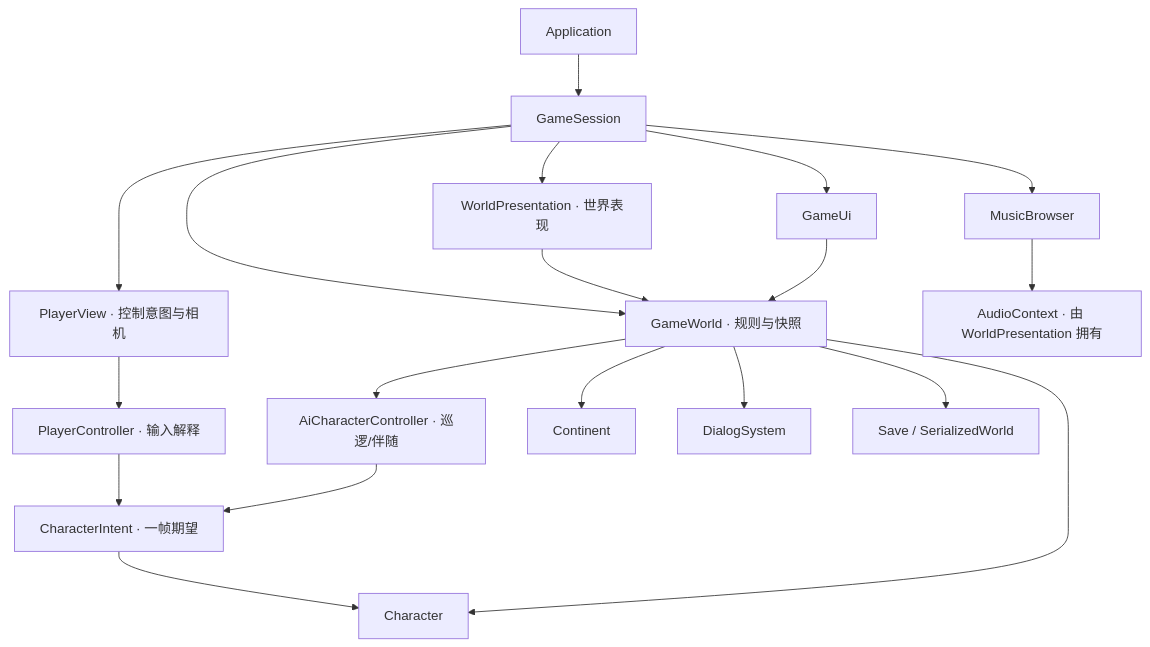
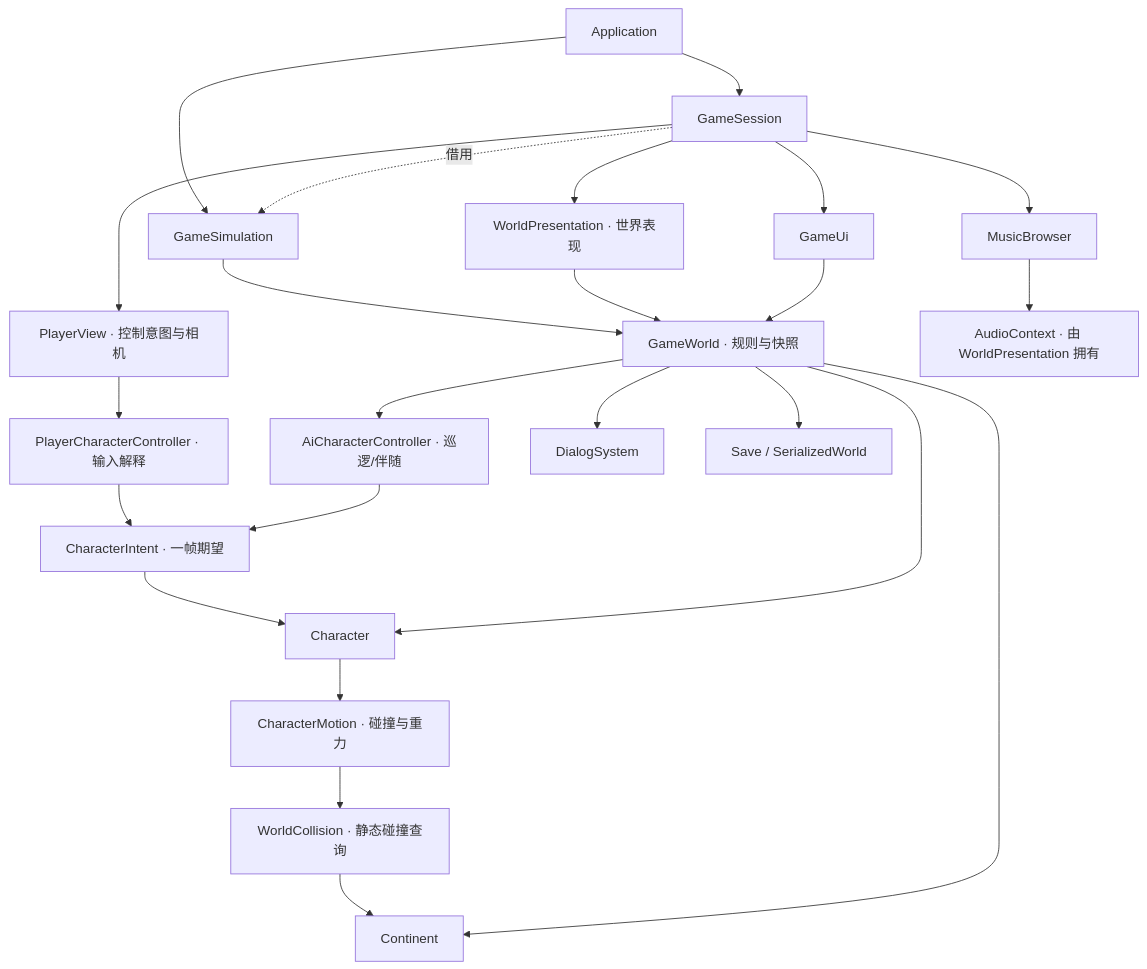
The second of 3 diagrams in docs/module-dependencies.md (Plut084/lc1), drawn with Mermaid before and after one commit. The commit also changed other lines of this file and 125 other files, not shown here.

First line of the commit message:
feat: add basic multi-player, C/S architecture and model animation support

````diff
--- a/docs/module-dependencies.md
+++ b/docs/module-dependencies.md
@@ -22,21 +22,26 @@
 ```mermaid
 flowchart TD
     app[Application] --> session[GameSession]
-    session --> world["GameWorld · 规则与快照"]
+    app --> simulation[GameSimulation]
+    session -. 借用 .-> simulation
+    simulation --> world["GameWorld · 规则与快照"]
     session --> view["WorldPresentation · 世界表现"]
     session --> player["PlayerView · 控制意图与相机"]
     session --> ui[GameUi]
     session --> music[MusicBrowser]
     view --> world
     ui --> world
-    player --> controller["PlayerController · 输入解释"]
+    player --> controller["PlayerCharacterController · 输入解释"]
     controller --> intent["CharacterIntent · 一帧期望"]
     ai["AiCharacterController · 巡逻/伴随"] --> intent
     intent --> character[Character]
     world --> ai
     world --> character
+    character --> motion["CharacterMotion · 碰撞与重力"]
+    motion --> collision["WorldCollision · 静态碰撞查询"]
+    collision --> continent
     world --> continent[Continent]
     world --> dialog[DialogSystem]
     world --> save["Save / SerializedWorld"]
     music --> audio["AudioContext · 由 WorldPresentation 拥有"]
 ```
````
